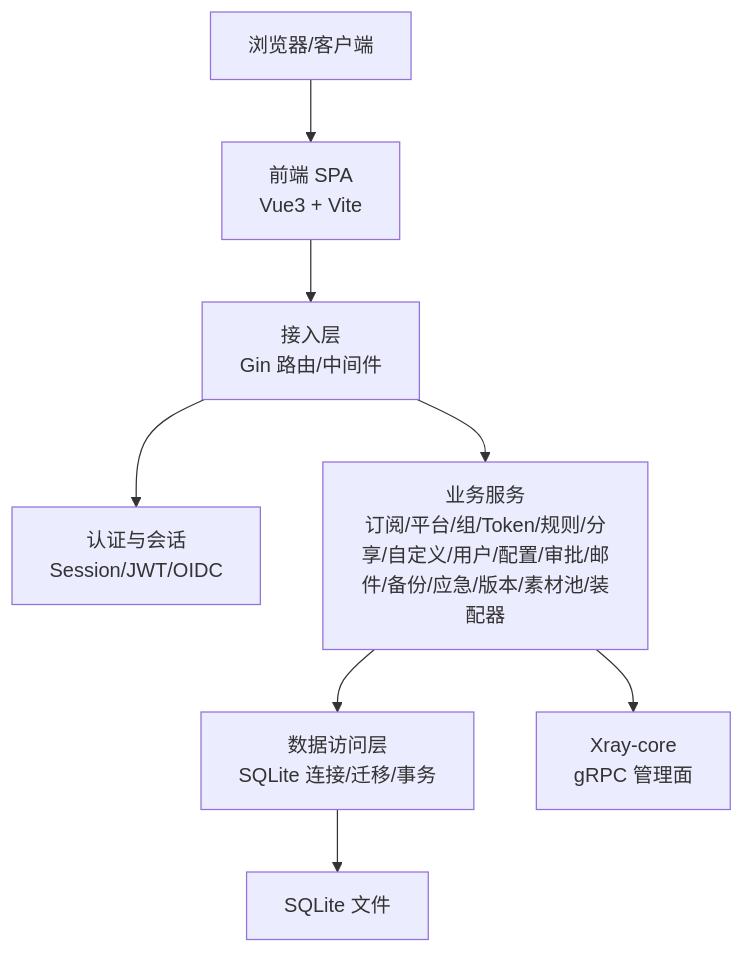
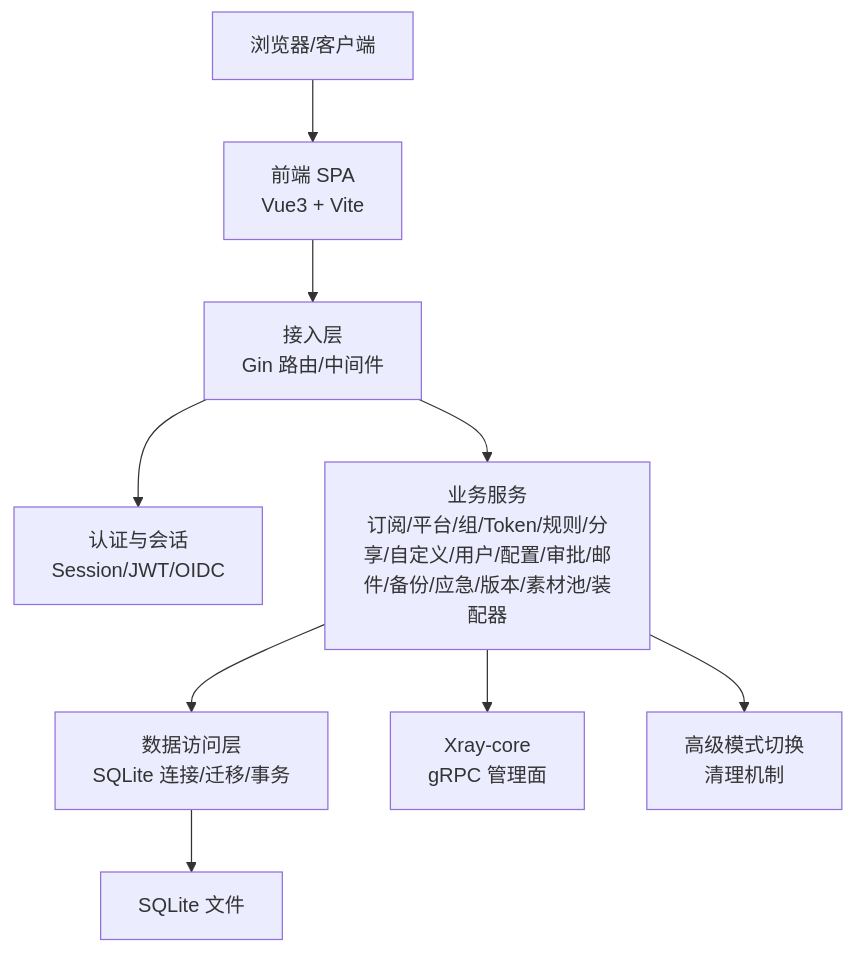
One commit to AlcaProphet/VPN-Subscription-Management changed the second of 8 diagrams in .qoder/repowiki/zh/content/架构设计/架构设计.md. Above: the diagram before and after it, drawn with Mermaid. The commit also changed other lines of this file and 6 other files, not shown here.

````diff
--- a/.qoder/repowiki/zh/content/架构设计/架构设计.md
+++ b/.qoder/repowiki/zh/content/架构设计/架构设计.md
@@ -111,18 +120,20 @@
 ```mermaid
 graph TB
 Client["浏览器/客户端"]
 FE["前端 SPA<br/>Vue3 + Vite"]
 API["接入层<br/>Gin 路由/中间件"]
 Auth["认证与会话<br/>Session/JWT/OIDC"]
 Biz["业务服务<br/>订阅/平台/组/Token/规则/分享/自定义/用户/配置/审批/邮件/备份/应急/版本/素材池/装配器"]
 Store["数据访问层<br/>SQLite 连接/迁移/事务"]
 DB["SQLite 文件"]
 XRAY["Xray-core<br/>gRPC 管理面"]
+ModeSwitch["高级模式切换<br/>清理机制"]
 Client --> FE
 FE --> API
 API --> Auth
 API --> Biz
 Biz --> Store
 Store --> DB
 Biz --> XRAY
+Biz --> ModeSwitch
 ```
````
